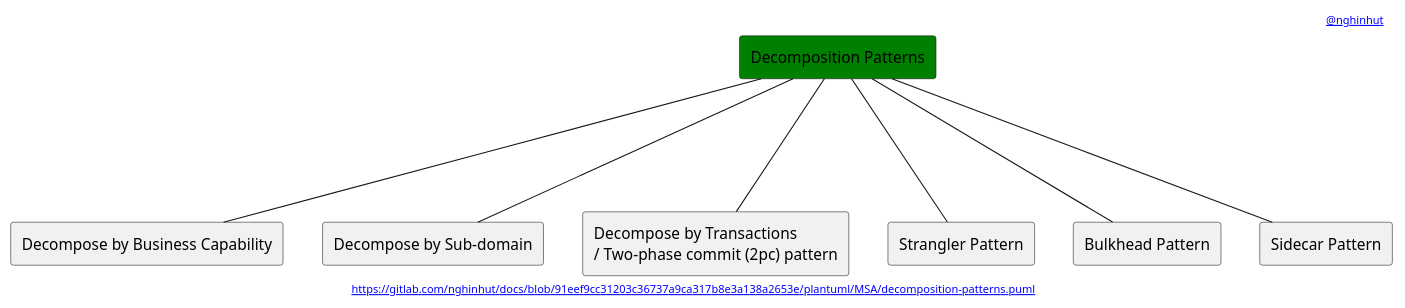
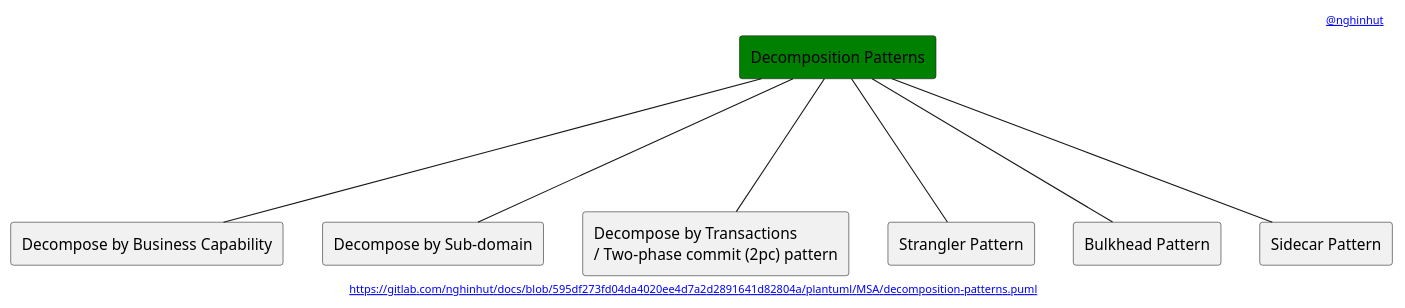
The diagram in plantuml/MSA/decomposition-patterns.puml (nghinhut/docs), drawn with PlantUML before and after one commit. The commit also changed 24 other files, not shown here.

Commit message:
docs(plantuml): update headers

```diff
--- a/plantuml/MSA/decomposition-patterns.puml
+++ b/plantuml/MSA/decomposition-patterns.puml
@@ -1,22 +1,22 @@
 @startuml
 '-----START auto generated metadata please keep comment here to allow auto update-----
 '-----DON'T EDIT THIS SECTION, INSTEAD RE-RUN prebuild.sh TO UPDATE-----
-header [[https://www.nghinhut.dev?from=http%5C%3A%5C%2F%5C%2Fwww%5C.plantuml%5C.com%5C%2Fplantuml%5C%2Fproxy%3Ffmt%3Dsvg%5C%26src%3Dhttps%5C%3A%5C%2F%5C%2Fgitlab%5C.com%5C%2Fnghinhut%5C%2Fdocs%5C%2Fraw%5C%2F91eef9cc31203c36737a9ca317b8e3a138a2653e%5C%2Fplantuml%5C%2FMSA%5C%2Fdecomposition-patterns%5C.puml%0A @nghinhut]]
-footer [[http://www.plantuml.com/plantuml/proxy?fmt=svg&src=https://gitlab.com/nghinhut/docs/raw/91eef9cc31203c36737a9ca317b8e3a138a2653e/plantuml/MSA/decomposition-patterns.puml https://gitlab.com/nghinhut/docs/blob/91eef9cc31203c36737a9ca317b8e3a138a2653e/plantuml/MSA/decomposition-patterns.puml]]
+header [[https://www.nghinhut.dev?from=http%5C%3A%5C%2F%5C%2Fwww%5C.plantuml%5C.com%5C%2Fplantuml%5C%2Fproxy%3Ffmt%3Dsvg%5C%26src%3Dhttps%5C%3A%5C%2F%5C%2Fgitlab%5C.com%5C%2Fnghinhut%5C%2Fdocs%5C%2Fraw%5C%2F595df273fd04da4020ee4d7a2d2891641d82804a%5C%2Fplantuml%5C%2FMSA%5C%2Fdecomposition-patterns%5C.puml%0A @nghinhut]]
+footer [[http://www.plantuml.com/plantuml/proxy?fmt=svg&src=https://gitlab.com/nghinhut/docs/raw/595df273fd04da4020ee4d7a2d2891641d82804a/plantuml/MSA/decomposition-patterns.puml https://gitlab.com/nghinhut/docs/blob/595df273fd04da4020ee4d7a2d2891641d82804a/plantuml/MSA/decomposition-patterns.puml]]
 '-----END auto generated metadata please keep comment here to allow auto update-----
 
 rectangle "Decomposition Patterns" as Decomposition #green
 
 rectangle "Decompose by Business Capability" as DecompositionP1
 rectangle "Decompose by Sub-domain" as DecompositionP2
 rectangle "Decompose by Transactions\n/ Two-phase commit (2pc) pattern" as DecompositionP3
 rectangle "Strangler Pattern" as DecompositionP4
 rectangle "Bulkhead Pattern" as DecompositionP5
 rectangle "Sidecar Pattern" as DecompositionP6
 Decomposition --- DecompositionP1
 Decomposition --- DecompositionP2
 Decomposition --- DecompositionP3
 Decomposition --- DecompositionP4
 Decomposition --- DecompositionP5
 Decomposition --- DecompositionP6
 @enduml
```
